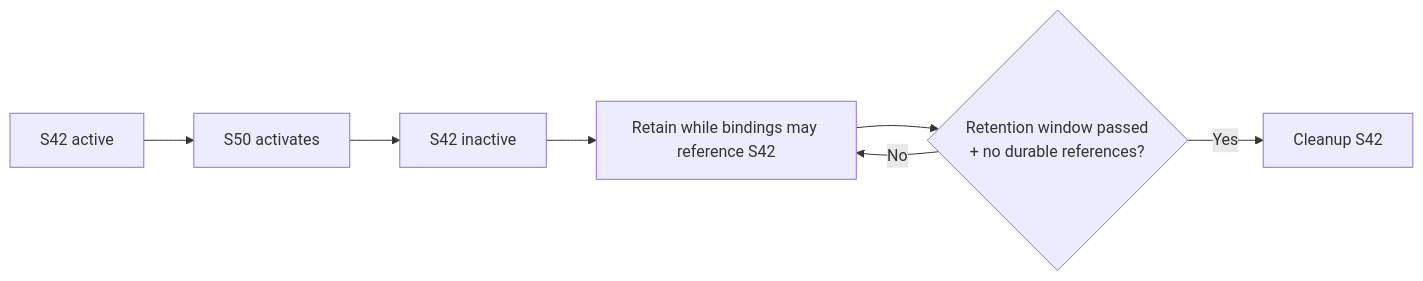
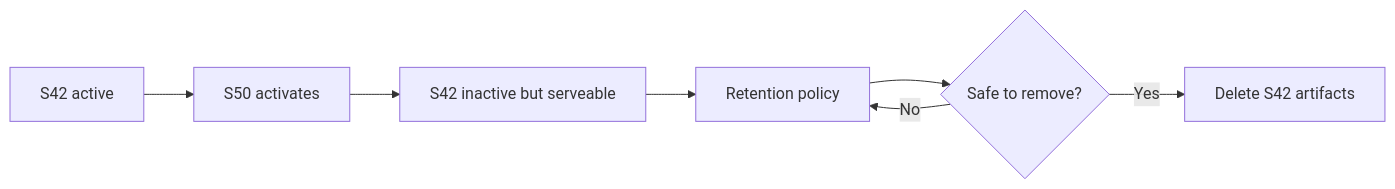
The eighth of 11 diagrams in content/versions/v0/developer/resource-runtime.mdx (taskmigo/docs), drawn with Mermaid before and after one commit. The commit also changed other lines of this file, not shown here.

````diff
--- a/content/versions/v0/developer/resource-runtime.mdx
+++ b/content/versions/v0/developer/resource-runtime.mdx
@@ -310,9 +243,9 @@
 ```mermaid
 flowchart LR
-  active["S42 active"] --> activate["S50 activates"]
-  activate --> inactive["S42 inactive"]
-  inactive --> retained["Retain while bindings may reference S42"]
-  retained --> safe{"Retention window passed\n+ no durable references?"}
-  safe -->|No| retained
-  safe -->|Yes| cleanup["Cleanup S42"]
+  s42["S42 active"] --> s50["S50 activates"]
+  s50 --> old["S42 inactive but serveable"]
+  old --> retain["Retention policy"]
+  retain --> safe{"Safe to remove?"}
+  safe -->|"No"| retain
+  safe -->|"Yes"| cleanup["Delete S42 artifacts"]
 ```
````
